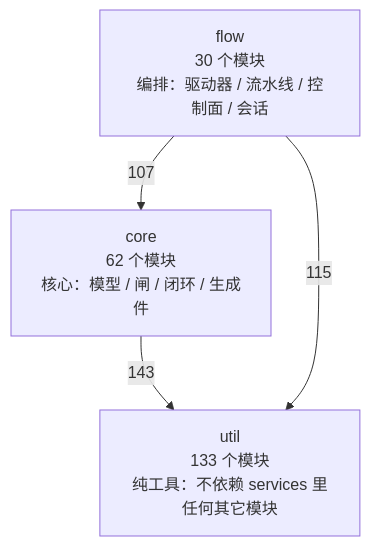
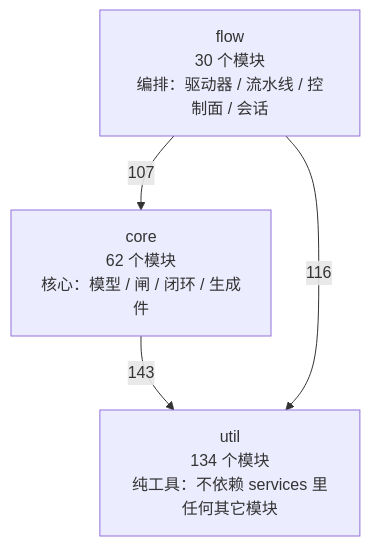
The first of 4 diagrams in docs/SlideRule V6.2 架构图（自动生成）.md (2686521696/WhyBuddy), drawn with Mermaid before and after one commit. The commit also changed other lines of this file and 12 other files, not shown here.

````diff
--- a/docs/SlideRule V6.2 架构图（自动生成）.md
+++ b/docs/SlideRule V6.2 架构图（自动生成）.md
@@ -48,9 +48,9 @@
 ```mermaid
 flowchart TB
-  util["util<br/>133 个模块<br/>纯工具：不依赖 services 里任何其它模块"]
+  util["util<br/>134 个模块<br/>纯工具：不依赖 services 里任何其它模块"]
   core["core<br/>62 个模块<br/>核心：模型 / 闸 / 闭环 / 生成件"]
   flow["flow<br/>30 个模块<br/>编排：驱动器 / 流水线 / 控制面 / 会话"]
   core -->|143| util
   flow -->|107| core
-  flow -->|115| util
+  flow -->|116| util
 ```
````
